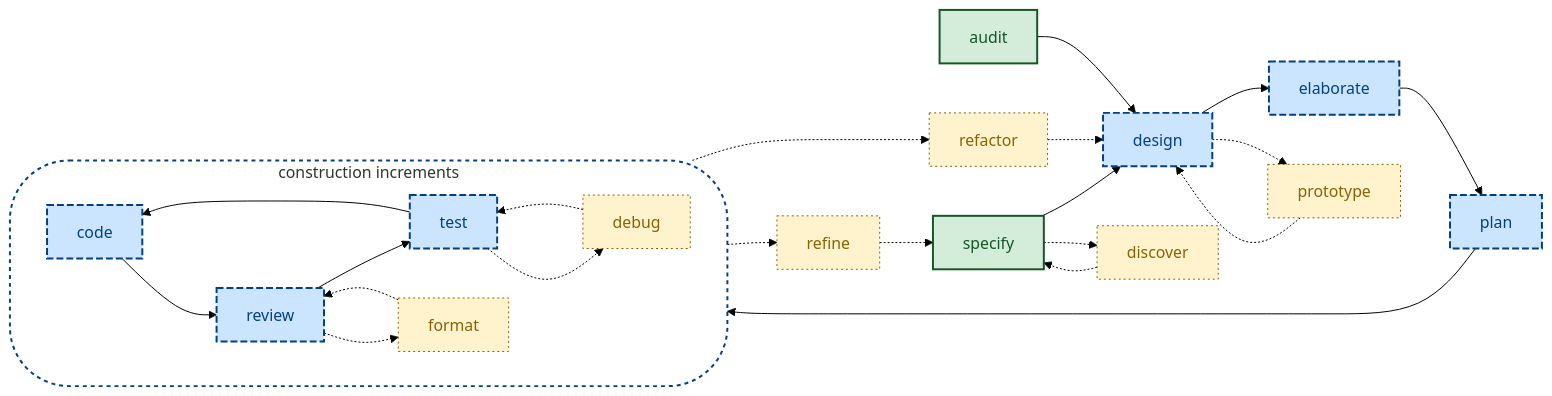
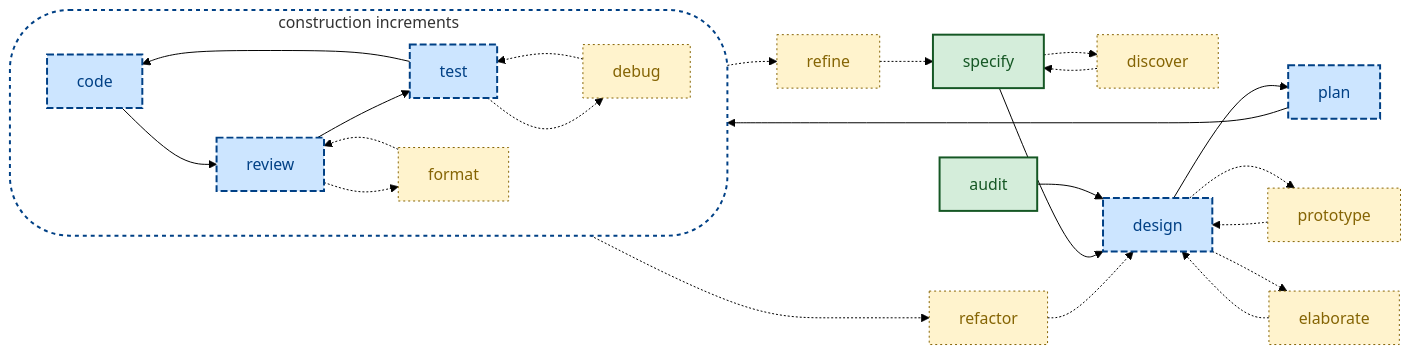
One commit to kieranpotts/skills changed the diagram in README.md. Above: the diagram before and after it, drawn with Mermaid (forest theme).

Commit message:
chore: demote elaborate to a secondary skill

````diff
--- a/README.md
+++ b/README.md
@@ -43,59 +43,60 @@
 ```mermaid
 flowchart LR
   %% Node classes (declared up front so they hold inside and outside the subgraph).
   discover:::secondary
   audit:::start
   specify:::start
   design:::main
-  elaborate:::main
   plan:::main
   code:::main
   review:::main
   test:::main
   prototype:::secondary
+  elaborate:::secondary
   format:::secondary
   debug:::secondary
   refactor:::secondary
   refine:::secondary
 
   %% Starting points.
   discover -.-> specify
   audit --> design
   specify --> design
 
   %% Main workflow sequence.
-  design --> elaborate
-  elaborate --> plan
+  design --> plan
   plan --> code
 
   %% The build loop: code -> review -> test, plus the format and debug repair cycles.
   subgraph build [construction increments]
     direction LR
     code --> review
     review --> test
     test --> code
     review -.-> format
     format -.-> review
     test -.-> debug
     debug -.-> test
   end
 
   %% Small iterative cycles.
   specify -.-> discover
   design -.-> prototype
   prototype -.-> design
+  design -.-> elaborate
+  elaborate -.-> design
 
   %% Big feedback loops.
   review -.-> refactor
   refactor -.-> design
   test -.-> refine
   refine -.-> specify
 
   %% Class definitions.
   classDef start fill:#d4edda,stroke:#155724,color:#155724,stroke-width:2px
   classDef main fill:#cce5ff,stroke:#004085,color:#004085,stroke-width:2px,stroke-dasharray:7 3
   classDef secondary fill:#fff3cd,stroke:#856404,color:#856404,stroke-width:1px,stroke-dasharray:2 3
 
   %% Subgraph (loop) border styling.
   style build fill:none,stroke:#004085,stroke-width:2px,stroke-dasharray:4 4,rx:60,ry:60
 ```
````
